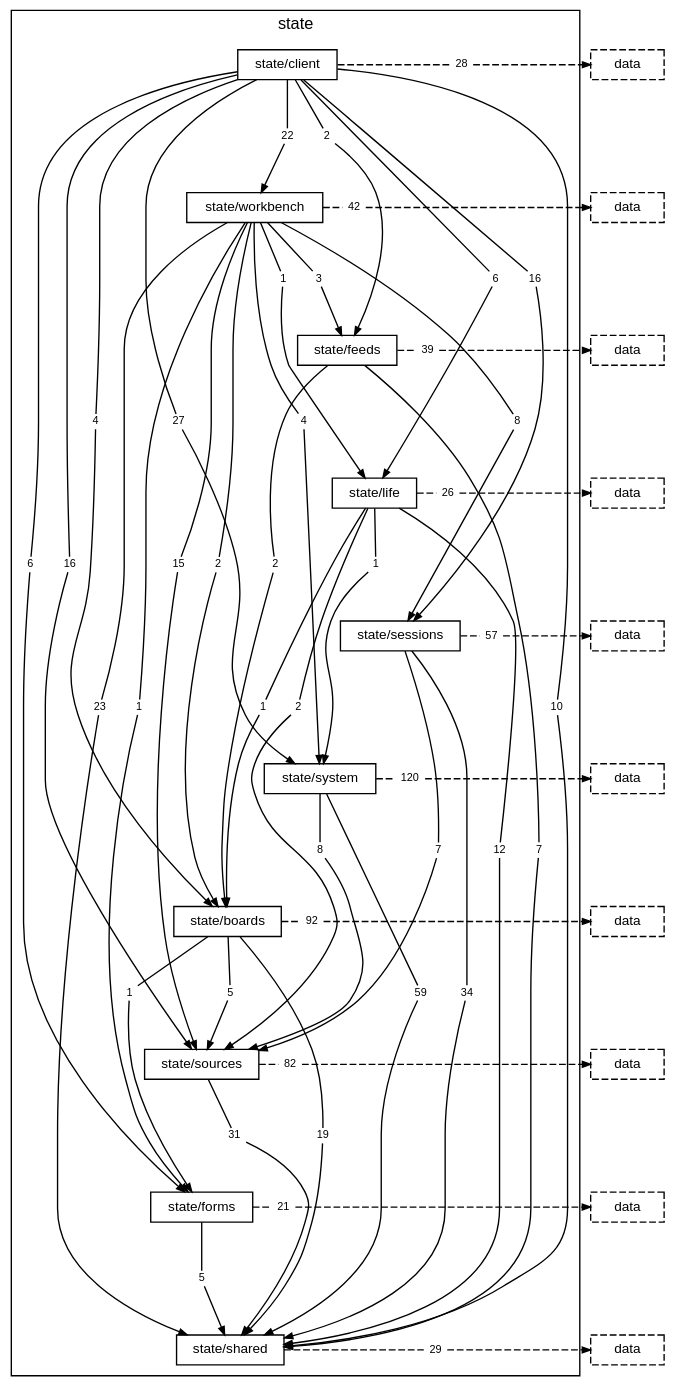
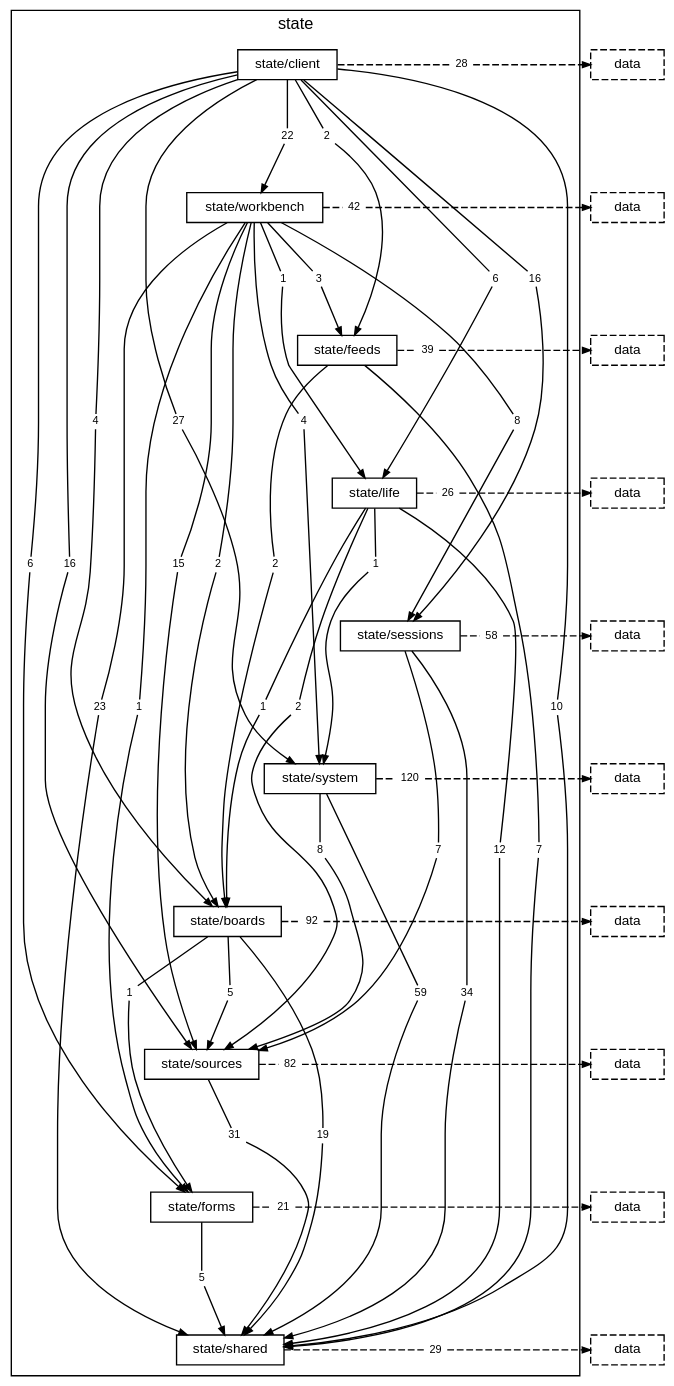
The diagram in docs/diagrams/layer-state.dot (TheAxeC/oculus), drawn with Graphviz before and after one commit. The commit also changed 93 other files, not shown here.

```diff
--- a/docs/diagrams/layer-state.dot
+++ b/docs/diagrams/layer-state.dot
@@ -43,7 +43,7 @@
         "folder state/life to layer data" [label="26", shape=box, color="transparent", fontsize=8, width=0, height=0, margin="0.04,0.02"];
         "folder state/sessions to folder state/shared" [label="34", shape=box, color="transparent", fontsize=8, width=0, height=0, margin="0.04,0.02"];
         "folder state/sessions to folder state/sources" [label="7", shape=box, color="transparent", fontsize=8, width=0, height=0, margin="0.04,0.02"];
-        "folder state/sessions to layer data" [label="57", shape=box, color="transparent", fontsize=8, width=0, height=0, margin="0.04,0.02"];
+        "folder state/sessions to layer data" [label="58", shape=box, color="transparent", fontsize=8, width=0, height=0, margin="0.04,0.02"];
         "folder state/system to folder state/shared" [label="59", shape=box, color="transparent", fontsize=8, width=0, height=0, margin="0.04,0.02"];
         "folder state/system to folder state/sources" [label="8", shape=box, color="transparent", fontsize=8, width=0, height=0, margin="0.04,0.02"];
         "folder state/system to layer data" [label="120", shape=box, color="transparent", fontsize=8, width=0, height=0, margin="0.04,0.02"];
```
